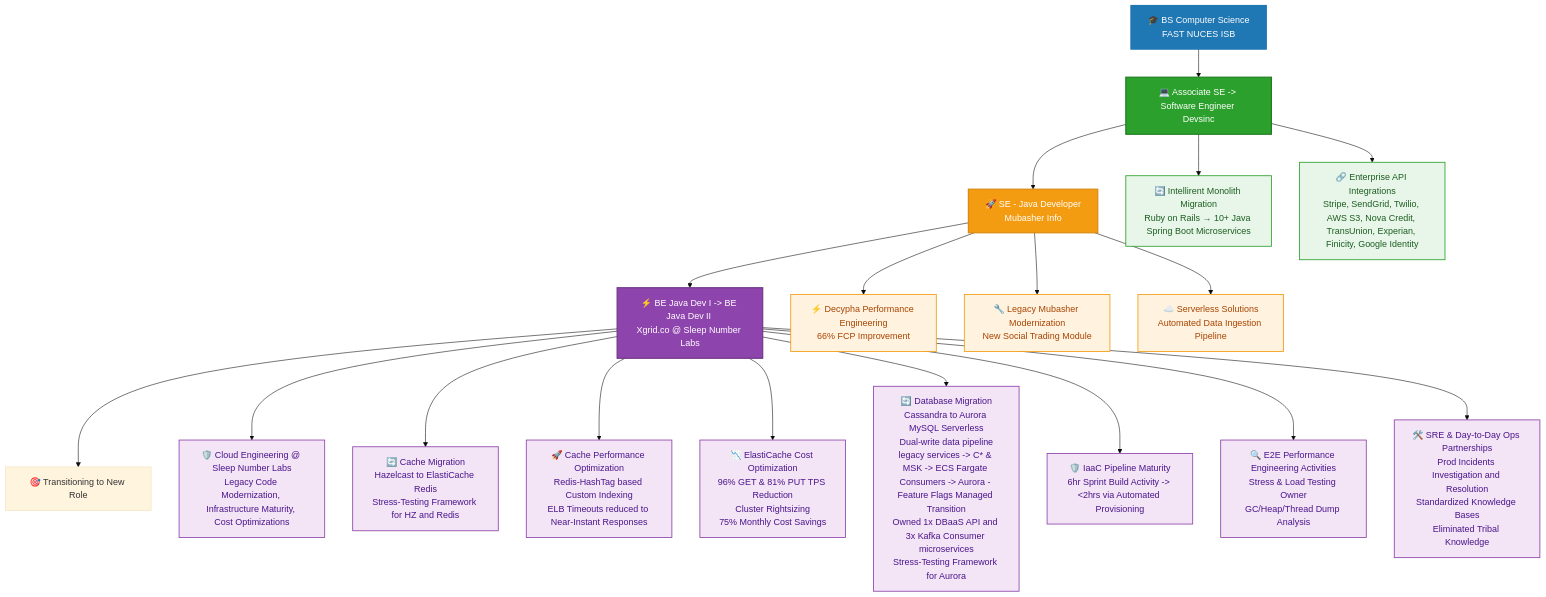
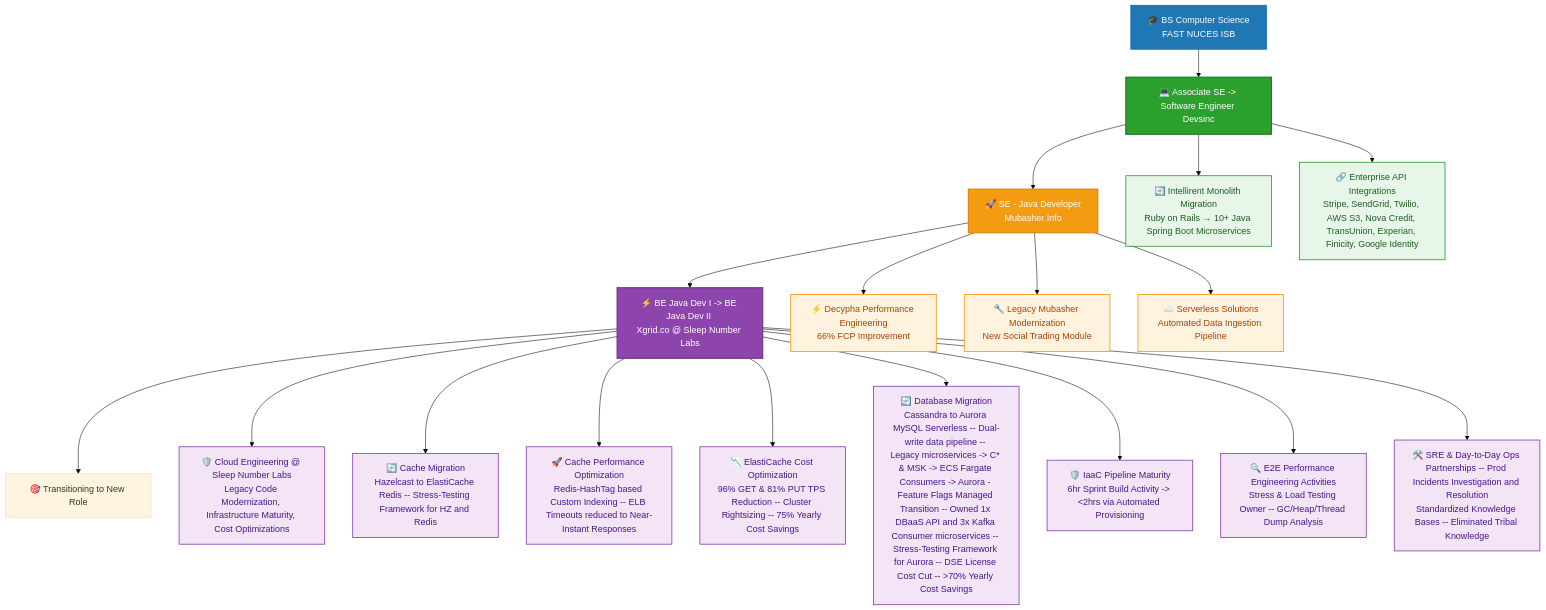
Before and after one commit to khawaja-abdullah/khawaja-abdullah: the diagram in README.md, drawn with Mermaid (base theme).

Commit message:
minor updates

````diff
--- a/README.md
+++ b/README.md
@@ -152,52 +152,52 @@
 ```mermaid
 flowchart TD
     A[🎓 BS Computer Science<br/>FAST NUCES ISB] --> B[💻 Associate SE -> Software Engineer <br/>Devsinc]
     B --> C[🚀 SE - Java Developer <br/>Mubasher Info]
     C --> D[⚡ BE Java Dev I -> BE Java Dev II <br/>Xgrid.co @ Sleep Number Labs]
     D --> E[🎯 Transitioning to New Role]
     
     %% DEVSINC / INTELLIRENT
     B --> B1[🔄 Intellirent Monolith Migration<br/>Ruby on Rails → 10+ Java Spring Boot Microservices]
     B --> B2[🔗 Enterprise API Integrations<br/>Stripe, SendGrid, Twilio, AWS S3, Nova Credit, TransUnion, Experian, Finicity, Google Identity]
     
     %% MUBASHER
     C --> C1[⚡ Decypha Performance Engineering<br/>66% FCP Improvement]
     C --> C2[🔧 Legacy Mubasher Modernization<br/>New Social Trading Module]
     C --> C3[☁️ Serverless Solutions<br/>Automated Data Ingestion Pipeline]
     
     %% XGRID / SLEEP NUMBER
     D --> D1[🛡️ Cloud Engineering @ Sleep Number Labs<br/>Legacy Code Modernization, Infrastructure Maturity, Cost Optimizations]
-    D --> D2[🔄 Cache Migration<br/>Hazelcast to ElastiCache Redis<br/>Stress-Testing Framework for HZ and Redis]
-    D --> D3[🚀 Cache Performance Optimization<br/>Redis-HashTag based Custom Indexing<br/>ELB Timeouts reduced to Near-Instant Responses]
-    D --> D4[📉 ElastiCache Cost Optimization<br/>96% GET & 81% PUT TPS Reduction<br/>Cluster Rightsizing<br/>75% Monthly Cost Savings]
-    D --> D5[🔄 Database Migration<br/>Cassandra to Aurora MySQL Serverless<br/>Dual-write data pipeline<br/>legacy services -> C* & MSK -> ECS Fargate Consumers -> Aurora - Feature Flags Managed Transition<br/>Owned 1x DBaaS API and 3x Kafka Consumer microservices<br/>Stress-Testing Framework for Aurora]
+    D --> D2[🔄 Cache Migration<br/>Hazelcast to ElastiCache Redis -- Stress-Testing Framework for HZ and Redis]
+    D --> D3[🚀 Cache Performance Optimization<br/>Redis-HashTag based Custom Indexing -- ELB Timeouts reduced to Near-Instant Responses]
+    D --> D4[📉 ElastiCache Cost Optimization<br/>96% GET & 81% PUT TPS Reduction -- Cluster Rightsizing -- 75% Yearly Cost Savings]
+    D --> D5[🔄 Database Migration<br/>Cassandra to Aurora MySQL Serverless -- Dual-write data pipeline -- Legacy microservices -> C* & MSK -> ECS Fargate Consumers -> Aurora - Feature Flags Managed Transition -- Owned 1x DBaaS API and 3x Kafka Consumer microservices -- Stress-Testing Framework for Aurora -- DSE License Cost Cut -- >70% Yearly Cost Savings]
     D --> D6[🛡️ IaaC Pipeline Maturity<br/>6hr Sprint Build Activity -> <2hrs via Automated Provisioning]
-    D --> D7[🔍 E2E Performance Engineering Activities<br/>Stress & Load Testing Owner<br/>GC/Heap/Thread Dump Analysis]
-    D --> D8[🛠️ SRE & Day-to-Day Ops Partnerships<br/>Prod Incidents Investigation and Resolution<br/>Standardized Knowledge Bases<br/>Eliminated Tribal Knowledge]
+    D --> D7[🔍 E2E Performance Engineering Activities<br/>Stress & Load Testing Owner -- GC/Heap/Thread Dump Analysis]
+    D --> D8[🛠️ SRE & Day-to-Day Ops Partnerships -- Prod Incidents Investigation and Resolution<br/>Standardized Knowledge Bases -- Eliminated Tribal Knowledge]
 
     %% Main Nodes
     style A fill:#1F77B4,stroke:#1F77B4,stroke-width:2px,color:#ffffff
     style B fill:#2CA02C,stroke:#1E7A1E,stroke-width:2px,color:#ffffff
     style C fill:#F39C12,stroke:#D68910,stroke-width:2px,color:#ffffff
     style D fill:#8E44AD,stroke:#6C3483,stroke-width:2px,color:#ffffff
 
     %% Devsinc Nodes
     style B1 fill:#E8F5E9,stroke:#2CA02C,stroke-width:1.5px,color:#1B5E20
     style B2 fill:#E8F5E9,stroke:#2CA02C,stroke-width:1.5px,color:#1B5E20
 
     %% Mubasher Nodes
     style C1 fill:#FFF3E0,stroke:#F39C12,stroke-width:1.5px,color:#A84300
     style C2 fill:#FFF3E0,stroke:#F39C12,stroke-width:1.5px,color:#A84300
     style C3 fill:#FFF3E0,stroke:#F39C12,stroke-width:1.5px,color:#A84300
 
     %% Xgrid Nodes
     style D1 fill:#F3E5F5,stroke:#8E44AD,stroke-width:1.5px,color:#4A148C
     style D2 fill:#F3E5F5,stroke:#8E44AD,stroke-width:1.5px,color:#4A148C
     style D3 fill:#F3E5F5,stroke:#8E44AD,stroke-width:1.5px,color:#4A148C
     style D4 fill:#F3E5F5,stroke:#8E44AD,stroke-width:1.5px,color:#4A148C
     style D5 fill:#F3E5F5,stroke:#8E44AD,stroke-width:1.5px,color:#4A148C
     style D6 fill:#F3E5F5,stroke:#8E44AD,stroke-width:1.5px,color:#4A148C
     style D7 fill:#F3E5F5,stroke:#8E44AD,stroke-width:1.5px,color:#4A148C
     style D8 fill:#F3E5F5,stroke:#8E44AD,stroke-width:1.5px,color:#4A148C
 
 ```
````
